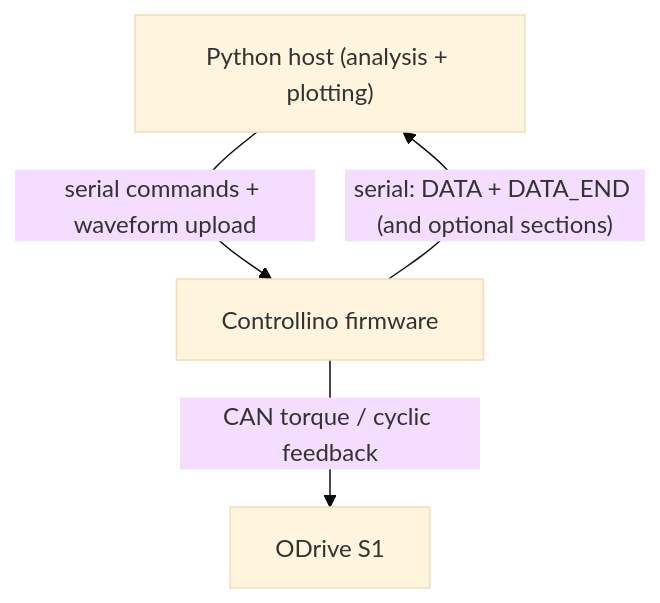
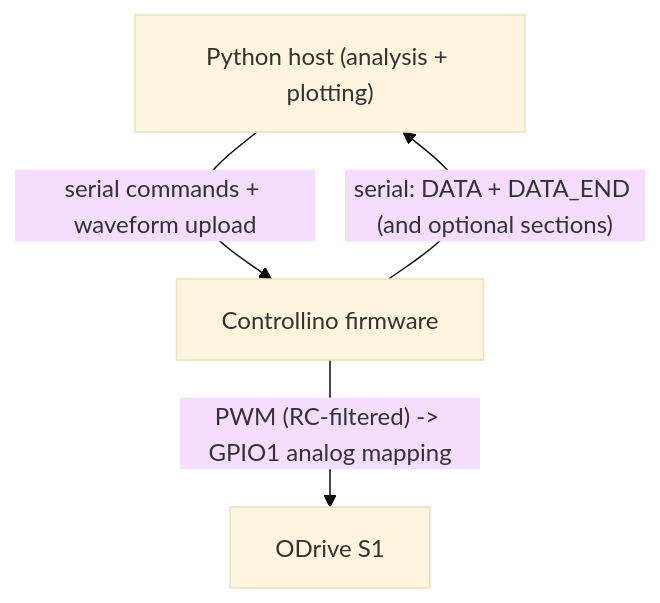
One commit to refaqt/aqtuator changed the diagram in docs/architecture.md. Above: the diagram before and after it, drawn with Mermaid (base theme). The commit also changed other lines of this file and 9 other files, not shown here.

First line of the commit message:
Switch Controllino identification to PWM->GPIO1 analog torque path

````diff
--- a/docs/architecture.md
+++ b/docs/architecture.md
@@ -41,6 +43,6 @@
 ```mermaid
 flowchart TD
   Python["Python host (analysis + plotting)"] -->|"serial commands + waveform upload"| ControllinoFW["Controllino firmware"]
-  ControllinoFW -->|"CAN torque / cyclic feedback"| ODrive["ODrive S1"]
+  ControllinoFW -->|"PWM (RC-filtered) -> GPIO1 analog mapping"| ODrive["ODrive S1"]
   ControllinoFW -->|"serial: DATA + DATA_END (and optional sections)"| Python
 ```
````
